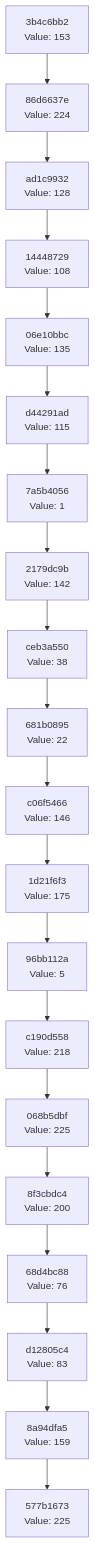
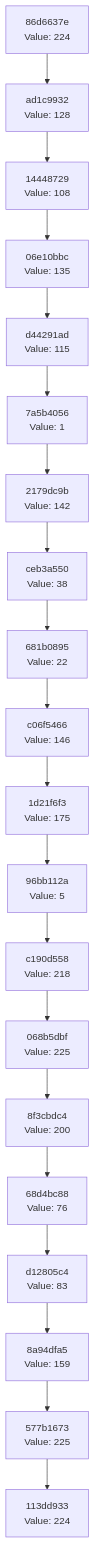
The diagram in docs/CHAIN_VISUALIZATION.md (Abhisheksinha1506/hash-chain-evolver), drawn with Mermaid before and after one commit. The commit also changed 3 other files, not shown here.

````diff
--- a/docs/CHAIN_VISUALIZATION.md
+++ b/docs/CHAIN_VISUALIZATION.md
@@ -3,42 +3,42 @@
 ```mermaid
 graph TD
-    C0["577b1673<br/>Value: 225"]
-    C1["8a94dfa5<br/>Value: 159"]
+    C0["113dd933<br/>Value: 224"]
+    C1["577b1673<br/>Value: 225"]
     C1 --> C0
-    C2["d12805c4<br/>Value: 83"]
+    C2["8a94dfa5<br/>Value: 159"]
     C2 --> C1
-    C3["68d4bc88<br/>Value: 76"]
+    C3["d12805c4<br/>Value: 83"]
     C3 --> C2
-    C4["8f3cbdc4<br/>Value: 200"]
+    C4["68d4bc88<br/>Value: 76"]
     C4 --> C3
-    C5["068b5dbf<br/>Value: 225"]
+    C5["8f3cbdc4<br/>Value: 200"]
     C5 --> C4
-    C6["c190d558<br/>Value: 218"]
+    C6["068b5dbf<br/>Value: 225"]
     C6 --> C5
-    C7["96bb112a<br/>Value: 5"]
+    C7["c190d558<br/>Value: 218"]
     C7 --> C6
-    C8["1d21f6f3<br/>Value: 175"]
+    C8["96bb112a<br/>Value: 5"]
     C8 --> C7
-    C9["c06f5466<br/>Value: 146"]
+    C9["1d21f6f3<br/>Value: 175"]
     C9 --> C8
-    C10["681b0895<br/>Value: 22"]
+    C10["c06f5466<br/>Value: 146"]
     C10 --> C9
-    C11["ceb3a550<br/>Value: 38"]
+    C11["681b0895<br/>Value: 22"]
     C11 --> C10
-    C12["2179dc9b<br/>Value: 142"]
+    C12["ceb3a550<br/>Value: 38"]
     C12 --> C11
-    C13["7a5b4056<br/>Value: 1"]
+    C13["2179dc9b<br/>Value: 142"]
     C13 --> C12
-    C14["d44291ad<br/>Value: 115"]
+    C14["7a5b4056<br/>Value: 1"]
     C14 --> C13
-    C15["06e10bbc<br/>Value: 135"]
+    C15["d44291ad<br/>Value: 115"]
     C15 --> C14
-    C16["14448729<br/>Value: 108"]
+    C16["06e10bbc<br/>Value: 135"]
     C16 --> C15
-    C17["ad1c9932<br/>Value: 128"]
+    C17["14448729<br/>Value: 108"]
     C17 --> C16
-    C18["86d6637e<br/>Value: 224"]
+    C18["ad1c9932<br/>Value: 128"]
     C18 --> C17
-    C19["3b4c6bb2<br/>Value: 153"]
+    C19["86d6637e<br/>Value: 224"]
     C19 --> C18
 ```
````
